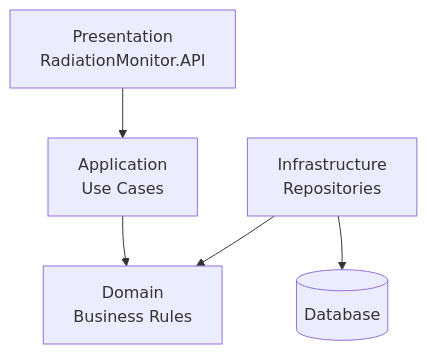
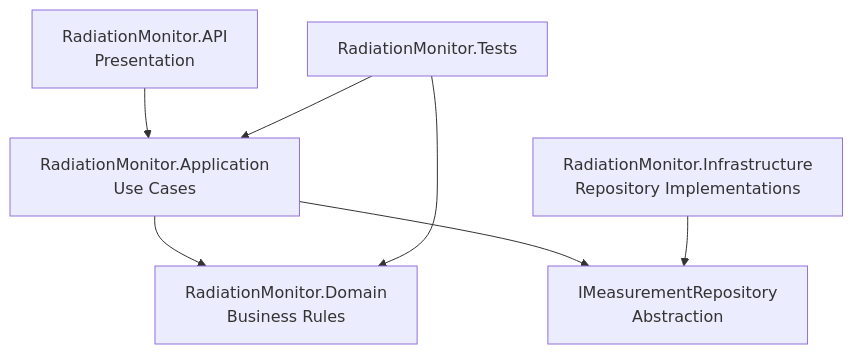
The diagram in layered-architecture.md (ManonDamoiseau/RadiationMonitor), drawn with Mermaid before and after one commit. The commit also changed 1 other file, not shown here.

Commit message:
docs: add architecture overview diagram

````diff
--- a/layered-architecture.md
+++ b/layered-architecture.md
@@ -8,18 +8,26 @@
 ```mermaid
 flowchart TD 
 
-	API[Presentation<br/>RadiationMonitor.API]
+    API[RadiationMonitor.API<br/>Presentation]
 
-	APP[Application<br/>Use Cases]
+    APP[RadiationMonitor.Application<br/>Use Cases]
 
-	DOMAIN[Domain<br/>Business Rules]
+    DOMAIN[RadiationMonitor.Domain<br/>Business Rules]
 
-	INFRA[Infrastructure<br/>Repositories]
+    INFRA[RadiationMonitor.Infrastructure<br/>Repository Implementations]
 
-	DB[(Database)]
+    REPO[IMeasurementRepository<br/>Abstraction]
 
-	API --> APP
-	APP --> DOMAIN
-	INFRA --> DOMAIN
-	INFRA --> DB
+    TESTS[RadiationMonitor.Tests]
+
+    API --> APP
+
+    APP --> DOMAIN
+
+    APP --> REPO
+
+    INFRA --> REPO
+
+    TESTS --> DOMAIN
+    TESTS --> APP
 ```
````
